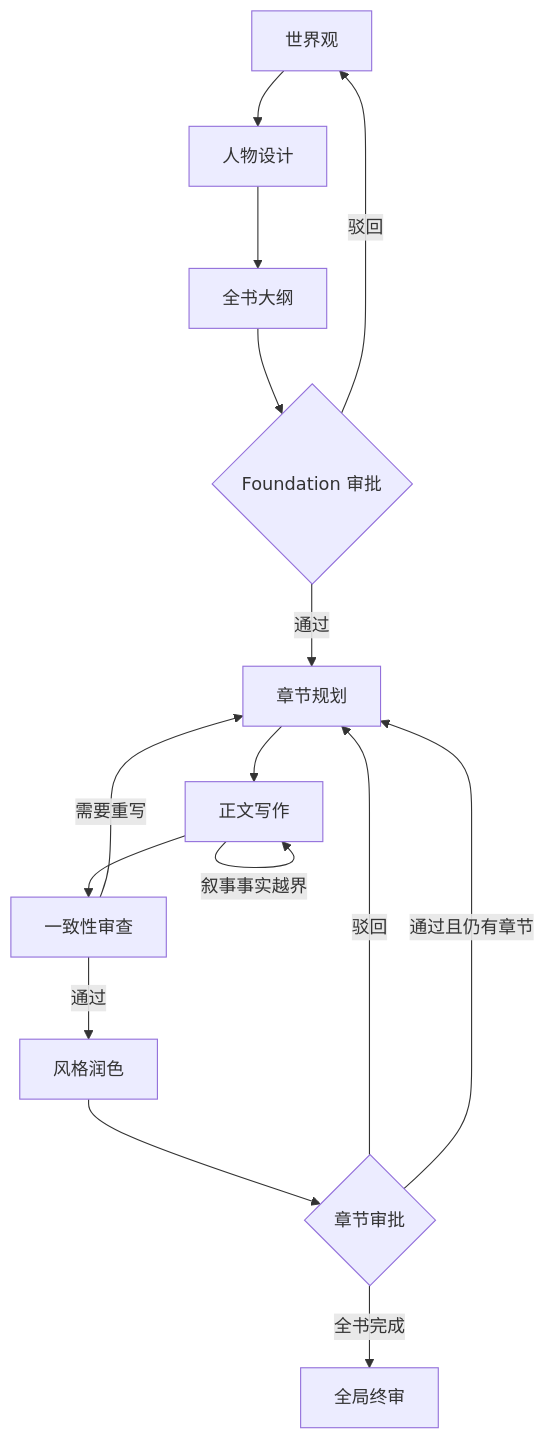
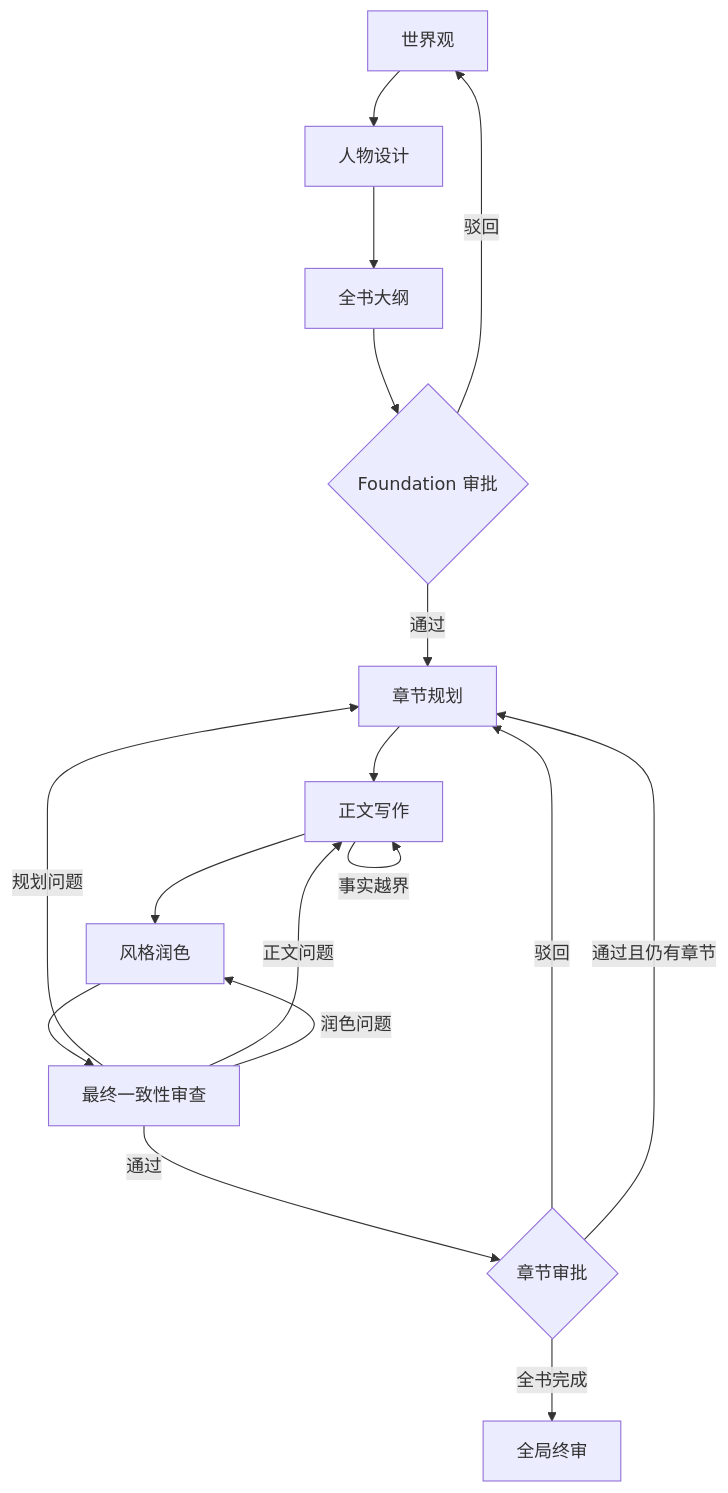
Before and after one commit to nssntus/graph-novel: the diagram in README.md, drawn with Mermaid. The commit also changed other lines of this file and 8 other files, not shown here.

````diff
--- a/README.md
+++ b/README.md
@@ -20,17 +53,19 @@
 ```mermaid
 flowchart TD
     W["世界观"] --> C["人物设计"]
     C --> O["全书大纲"]
     O --> FG{"Foundation 审批"}
     FG -- "驳回" --> W
     FG -- "通过" --> P["章节规划"]
     P --> D["正文写作"]
-    D -- "叙事事实越界" --> D
-    D --> R["一致性审查"]
-    R -- "需要重写" --> P
-    R -- "通过" --> S["风格润色"]
-    S --> CG{"章节审批"}
+    D -- "事实越界" --> D
+    D --> S["风格润色"]
+    S --> R["最终一致性审查"]
+    R -- "规划问题" --> P
+    R -- "正文问题" --> D
+    R -- "润色问题" --> S
+    R -- "通过" --> CG{"章节审批"}
     CG -- "驳回" --> P
     CG -- "通过且仍有章节" --> P
     CG -- "全书完成" --> G["全局终审"]
 ```
````
